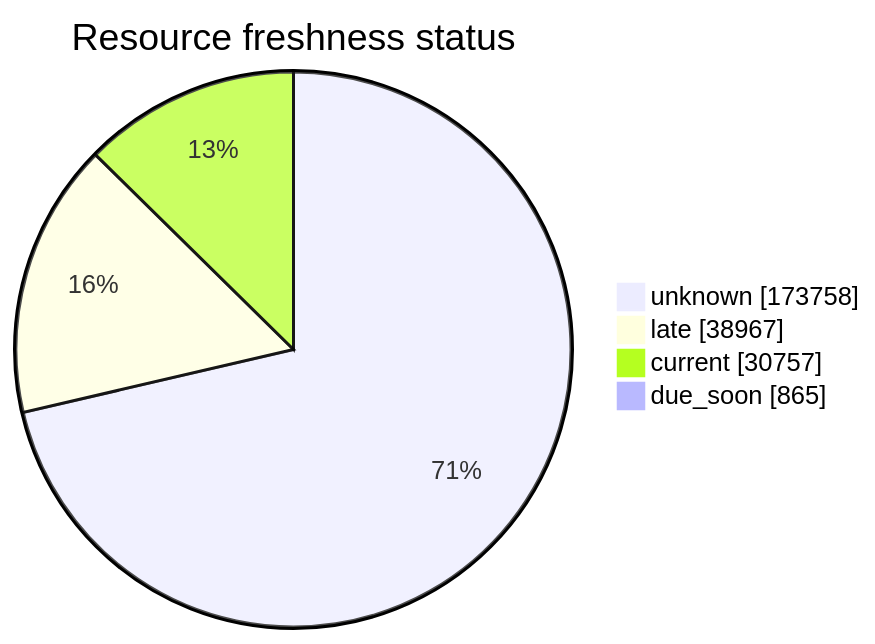
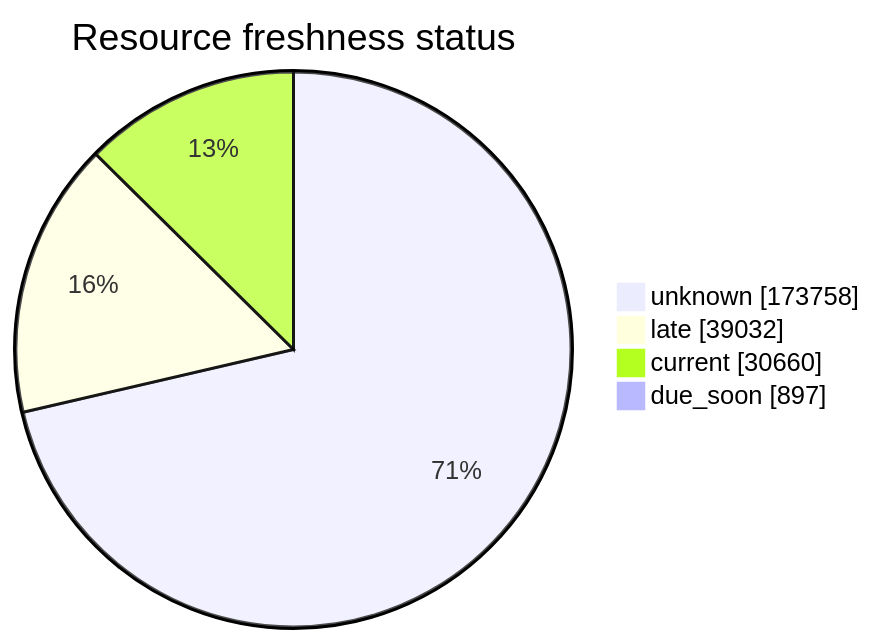
One commit to open-data/analytics-corporate-reporting changed the third of 5 diagrams in FreshCheck/README.md. Above: the diagram before and after it, drawn with Mermaid. The commit also changed other lines of this file and 3 other files, not shown here.

````diff
--- a/FreshCheck/README.md
+++ b/FreshCheck/README.md
@@ -77,7 +77,7 @@
 ```mermaid
 pie showData title Resource freshness status
     "unknown": 173758
-    "late": 38967
-    "current": 30757
-    "due_soon": 865
+    "late": 39032
+    "current": 30660
+    "due_soon": 897
 ```
````
